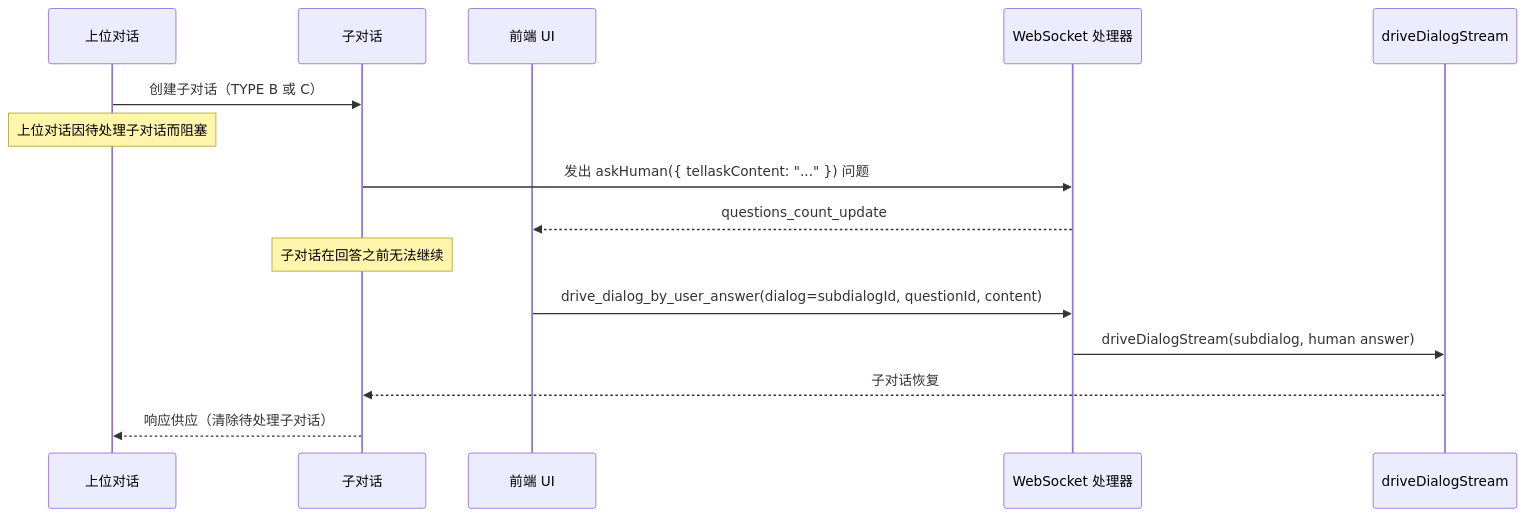
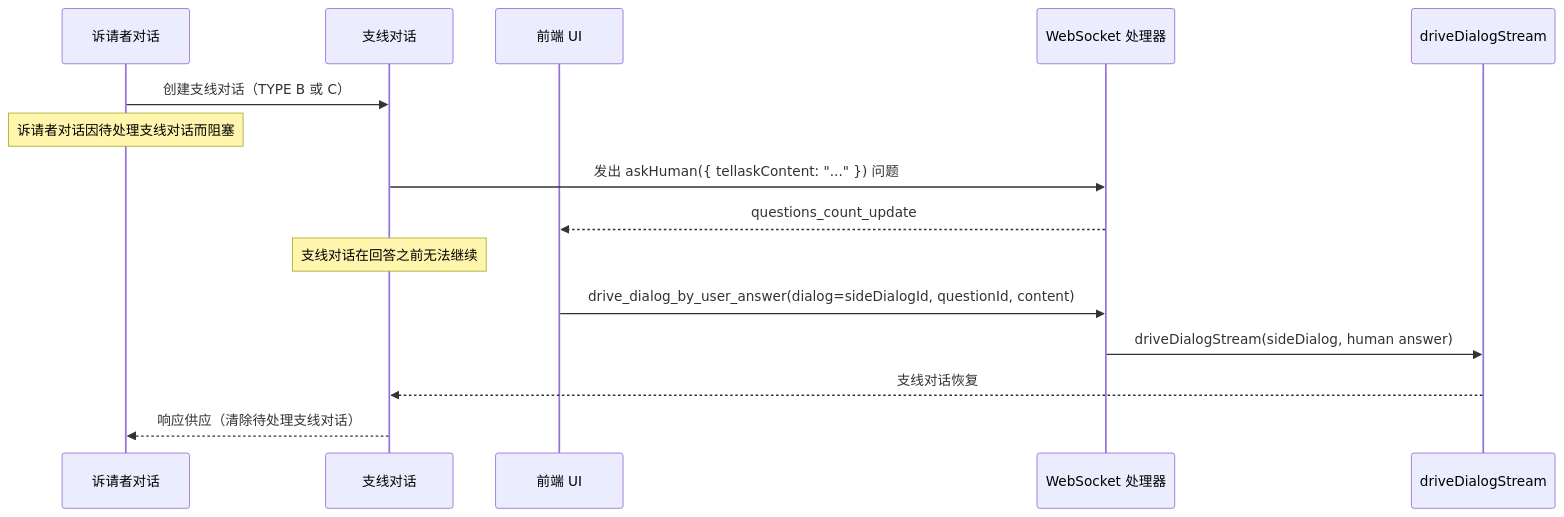
The fourth of 19 diagrams in docs/dialog-system.zh.md (longrun-ai/dominds), drawn with Mermaid before and after one commit. The commit also changed other lines of this file and 195 other files, not shown here.

````diff
--- a/docs/dialog-system.zh.md
+++ b/docs/dialog-system.zh.md
@@ -639,20 +639,20 @@
 ```mermaid
 sequenceDiagram
-  participant Sup as 上位对话
-  participant Sub as 子对话
+  participant Asker as 诉请者对话
+  participant Side as 支线对话
   participant UI as 前端 UI
   participant WS as WebSocket 处理器
   participant Driver as driveDialogStream
 
-  Sup->>Sub: 创建子对话（TYPE B 或 C）
-  Note over Sup: 上位对话因待处理子对话而阻塞
+  Asker->>Side: 创建支线对话（TYPE B 或 C）
+  Note over Asker: 诉请者对话因待处理支线对话而阻塞
 
-  Sub->>WS: 发出 askHuman({ tellaskContent: "..." }) 问题
+  Side->>WS: 发出 askHuman({ tellaskContent: "..." }) 问题
   WS-->>UI: questions_count_update
-  Note over Sub: 子对话在回答之前无法继续
+  Note over Side: 支线对话在回答之前无法继续
 
-  UI->>WS: drive_dialog_by_user_answer(dialog=subdialogId, questionId, content)
-  WS->>Driver: driveDialogStream(subdialog, human answer)
-  Driver-->>Sub: 子对话恢复
-  Sub-->>Sup: 响应供应（清除待处理子对话）
+  UI->>WS: drive_dialog_by_user_answer(dialog=sideDialogId, questionId, content)
+  WS->>Driver: driveDialogStream(sideDialog, human answer)
+  Driver-->>Side: 支线对话恢复
+  Side-->>Asker: 响应供应（清除待处理支线对话）
 ```
````
